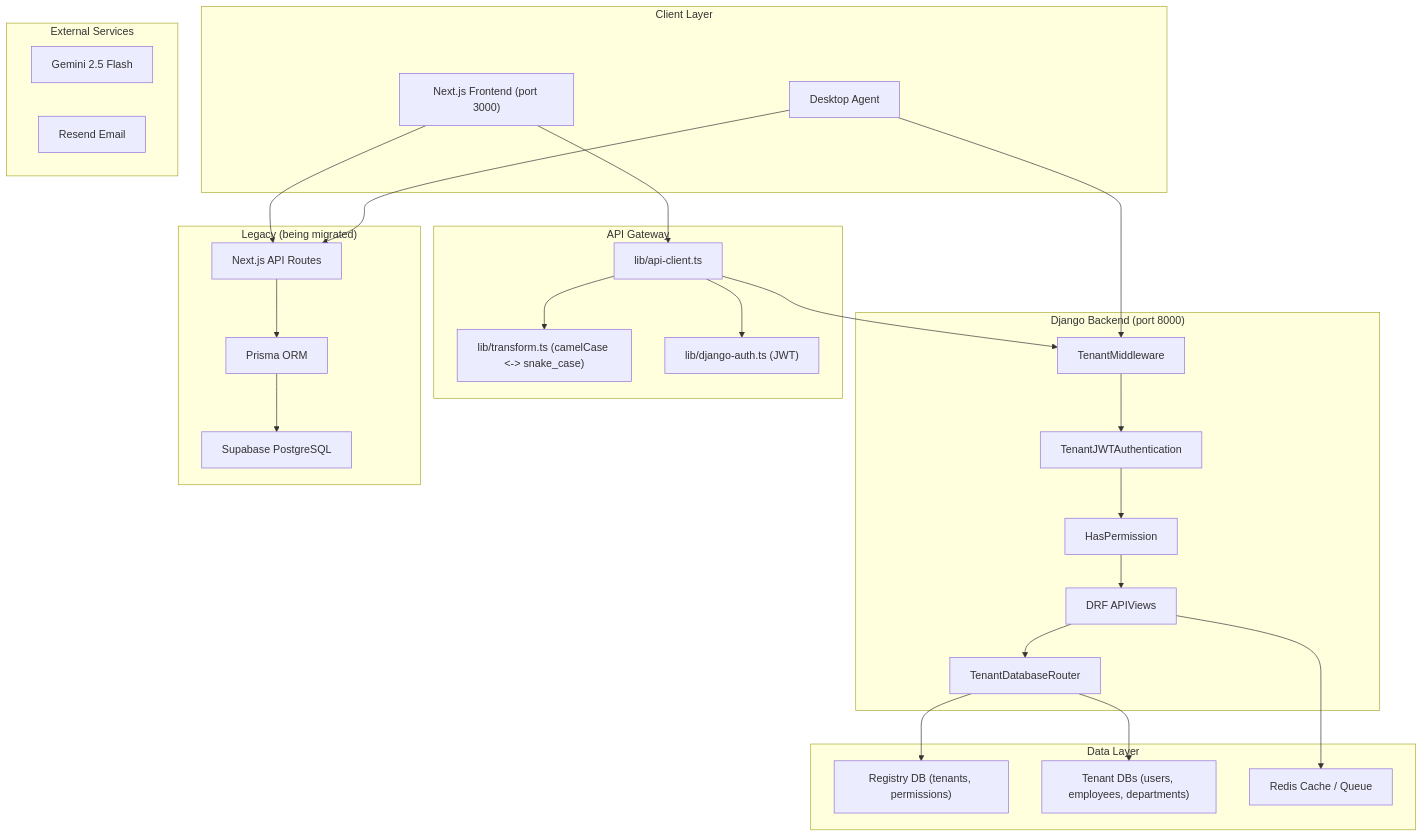
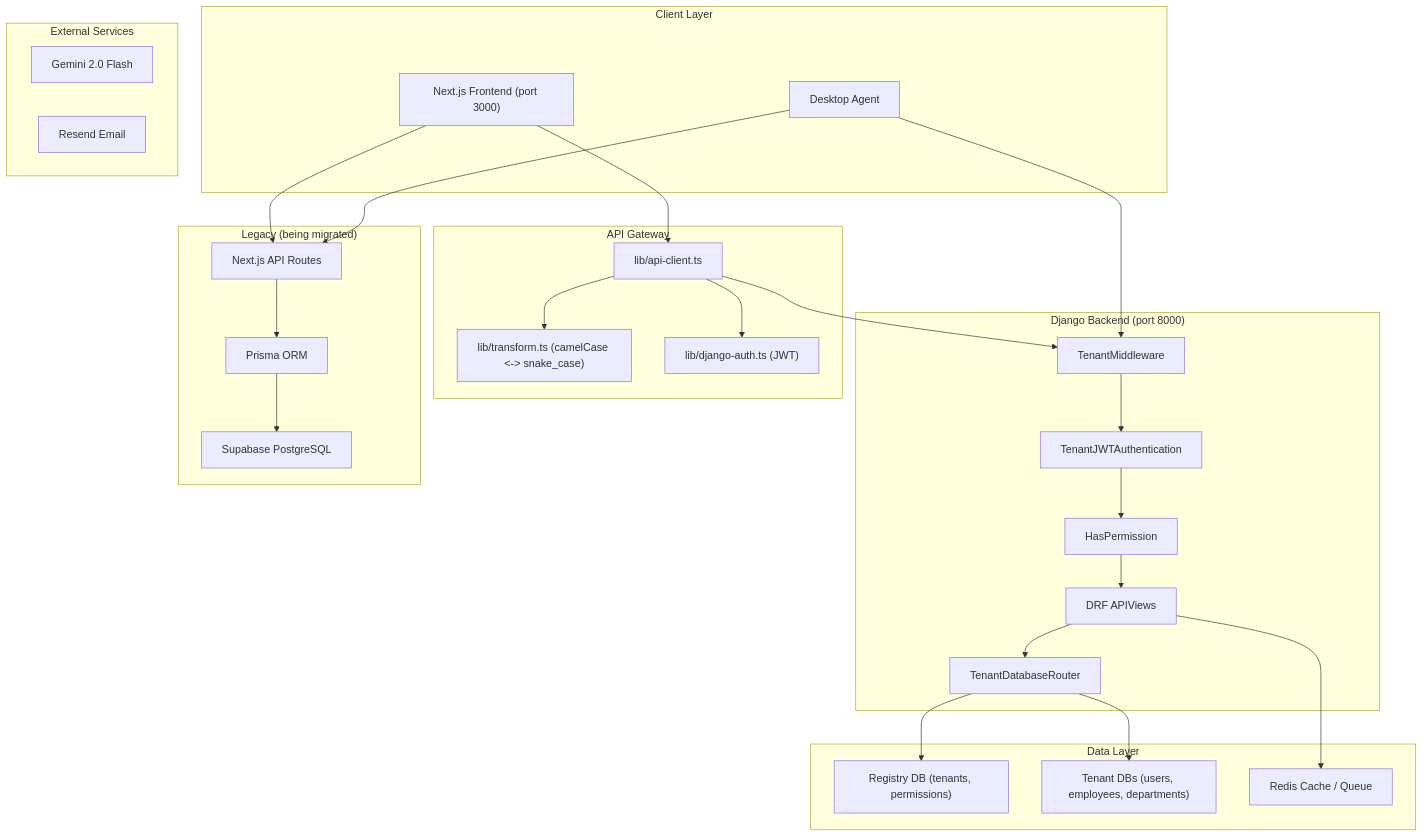
Before and after one commit to Work-Ashish/Employee-directory: the diagram in docs/SYSTEM_ARCHITECTURE.md, drawn with Mermaid. The commit also changed other lines of this file and 14 other files, not shown here.

````diff
--- a/docs/SYSTEM_ARCHITECTURE.md
+++ b/docs/SYSTEM_ARCHITECTURE.md
@@ -11,55 +11,55 @@
 ```mermaid
 graph TB
     subgraph Client Layer
         Browser["Next.js Frontend (port 3000)"]
         DesktopAgent["Desktop Agent"]
     end
 
     subgraph API Gateway
         APIClient["lib/api-client.ts"]
         Transform["lib/transform.ts (camelCase <-> snake_case)"]
         DjangoAuth["lib/django-auth.ts (JWT)"]
     end
 
     subgraph Django Backend ["Django Backend (port 8000)"]
         TenantMW["TenantMiddleware"]
         JWTAuth["TenantJWTAuthentication"]
         HasPerm["HasPermission"]
         DRFViews["DRF APIViews"]
         DBRouter["TenantDatabaseRouter"]
     end
 
     subgraph Data Layer
         RegistryDB["Registry DB (tenants, permissions)"]
         TenantDB["Tenant DBs (users, employees, departments)"]
         Redis["Redis Cache / Queue"]
     end
 
     subgraph Legacy Layer ["Legacy (being migrated)"]
         NextAPIRoutes["Next.js API Routes"]
         Prisma["Prisma ORM"]
         LegacyDB["Supabase PostgreSQL"]
     end
 
     subgraph External Services
-        Gemini["Gemini 2.5 Flash"]
+        Gemini["Gemini 2.0 Flash"]
         Resend["Resend Email"]
     end
 
     Browser --> APIClient
     APIClient --> Transform
     APIClient --> DjangoAuth
     APIClient --> TenantMW
     TenantMW --> JWTAuth
     JWTAuth --> HasPerm
     HasPerm --> DRFViews
     DRFViews --> DBRouter
     DBRouter --> RegistryDB
     DBRouter --> TenantDB
     DRFViews --> Redis
     Browser --> NextAPIRoutes
     NextAPIRoutes --> Prisma
     Prisma --> LegacyDB
     DesktopAgent --> TenantMW
     DesktopAgent --> NextAPIRoutes
 ```
````
